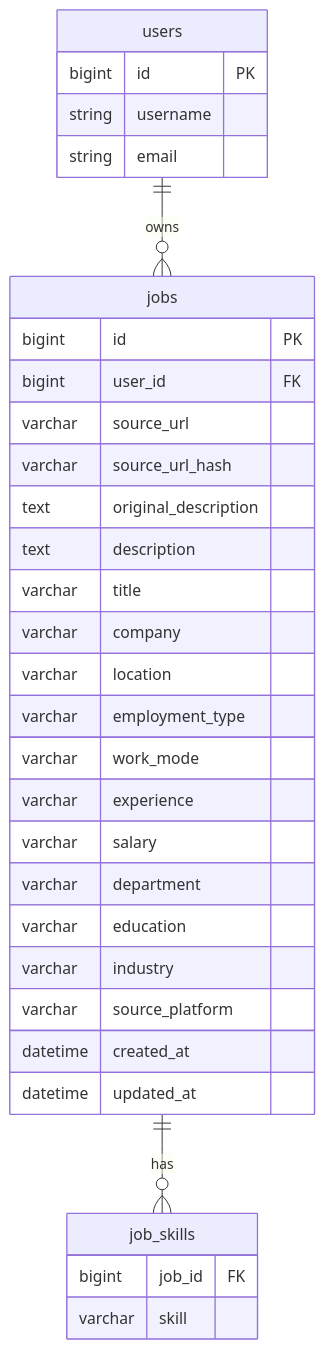
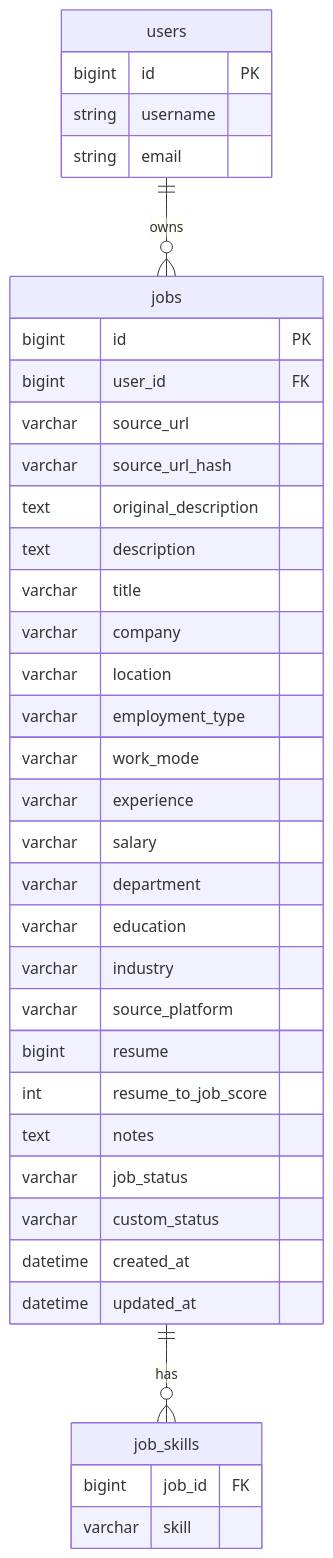
The diagram in src/main/java/com/developer/copilot/jobs/docs/DATABASE.md (Venkata-Nageswara-Bhadri78/CodePilot), drawn with Mermaid before and after one commit. The commit also changed other lines of this file and 48 other files, not shown here.

````diff
--- a/src/main/java/com/developer/copilot/jobs/docs/DATABASE.md
+++ b/src/main/java/com/developer/copilot/jobs/docs/DATABASE.md
@@ -7,38 +7,43 @@
 ```mermaid
 erDiagram
     users ||--o{ jobs : owns
     jobs ||--o{ job_skills : has
 
     users {
         bigint id PK
         string username
         string email
     }
 
     jobs {
         bigint id PK
         bigint user_id FK
         varchar source_url
         varchar source_url_hash
         text original_description
         text description
         varchar title
         varchar company
         varchar location
         varchar employment_type
         varchar work_mode
         varchar experience
         varchar salary
         varchar department
         varchar education
         varchar industry
         varchar source_platform
+        bigint resume
+        int resume_to_job_score
+        text notes
+        varchar job_status
+        varchar custom_status
         datetime created_at
         datetime updated_at
     }
 
     job_skills {
         bigint job_id FK
         varchar skill
     }
 ```
````
